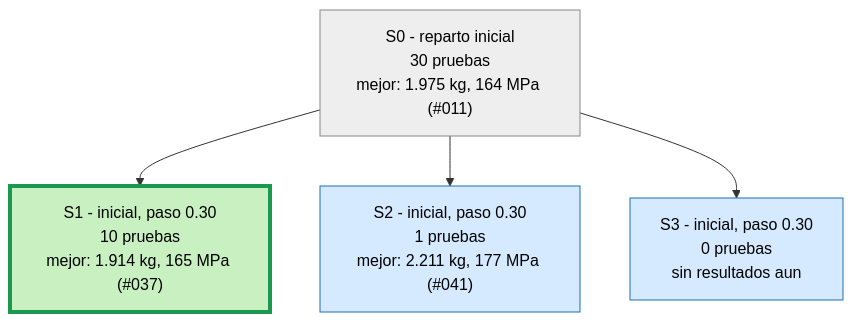
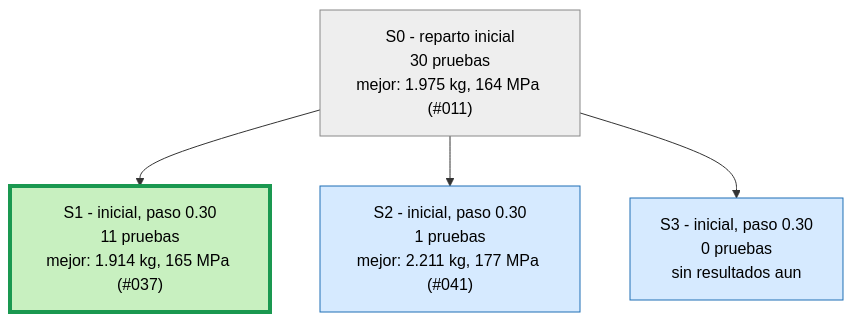
Before and after one commit to Hugiko/msd-soporte-optimizacion: the first of 4 diagrams in runs/opt_37800N/ARBOL.md, drawn with Mermaid. The commit also changed 20 other files, not shown here.

````diff
--- a/runs/opt_37800N/ARBOL.md
+++ b/runs/opt_37800N/ARBOL.md
@@ -9,13 +9,13 @@
 ```mermaid
 graph TD
 classDef activa fill:#d6eaff,stroke:#1f6fb5,color:#000
 classDef fin fill:#eeeeee,stroke:#888,color:#000
 classDef mejor fill:#c8f0c0,stroke:#1a9850,stroke-width:4px,color:#000
 S0["S0 - reparto inicial<br/>30 pruebas<br/>mejor: 1.975 kg, 164 MPa (#011)"]:::fin
-S1["S1 - inicial, paso 0.30<br/>10 pruebas<br/>mejor: 1.914 kg, 165 MPa (#037)"]:::mejor
+S1["S1 - inicial, paso 0.30<br/>11 pruebas<br/>mejor: 1.914 kg, 165 MPa (#037)"]:::mejor
 S0 --> S1
 S2["S2 - inicial, paso 0.30<br/>1 pruebas<br/>mejor: 2.211 kg, 177 MPa (#041)"]:::activa
 S0 --> S2
 S3["S3 - inicial, paso 0.30<br/>0 pruebas<br/>sin resultados aun"]:::activa
 S0 --> S3
 ```
````
